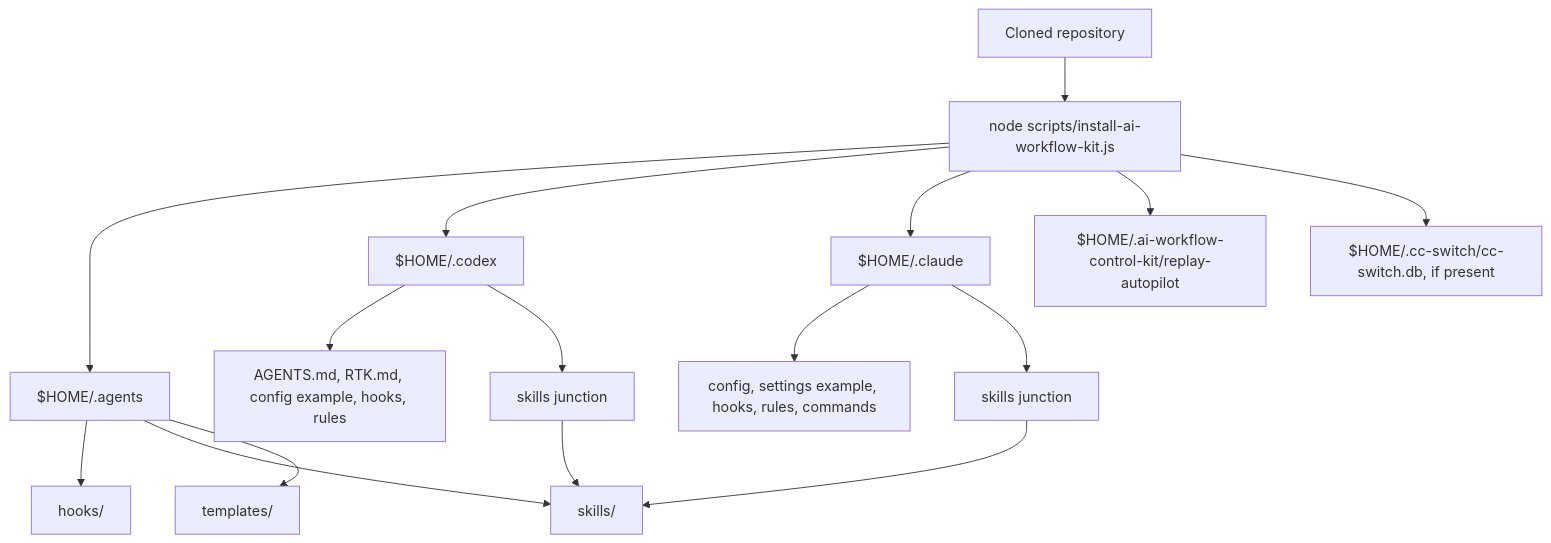
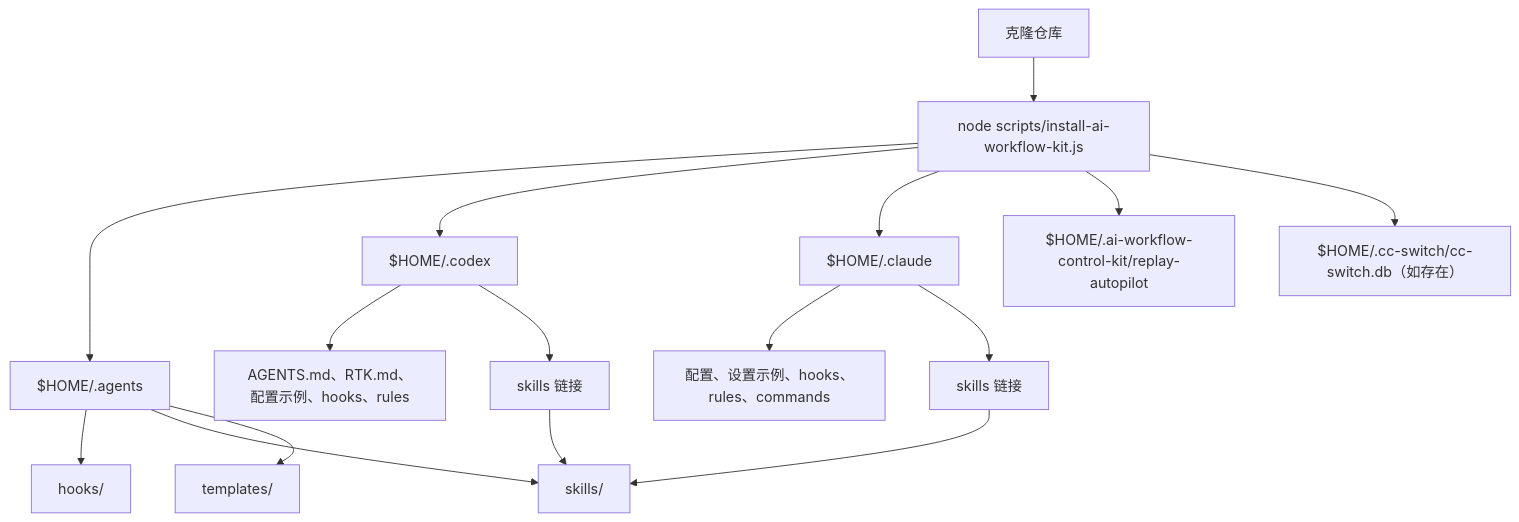
The second of 8 diagrams in docs/ARCHITECTURE.md (hxld/ai-workflow-control-kit), drawn with Mermaid before and after one commit. The commit also changed other lines of this file and 2 other files, not shown here.

First line of the commit message:
📝 docs: add bilingual toggle (zh/en) for ARCHITECTURE.md

````diff
--- a/docs/ARCHITECTURE.md
+++ b/docs/ARCHITECTURE.md
@@ -101,22 +103,22 @@
 ```mermaid
 flowchart TD
-    Repo["Cloned repository"] --> Install["node scripts/install-ai-workflow-kit.js"]
+    Repo["克隆仓库"] --> Install["node scripts/install-ai-workflow-kit.js"]
 
     Install --> AgentsHome["$HOME/.agents"]
     Install --> CodexHome["$HOME/.codex"]
     Install --> ClaudeHome["$HOME/.claude"]
     Install --> ReplayHome["$HOME/.ai-workflow-control-kit/replay-autopilot"]
-    Install --> CcSwitchDb["$HOME/.cc-switch/cc-switch.db, if present"]
+    Install --> CcSwitchDb["$HOME/.cc-switch/cc-switch.db（如存在）"]
 
     AgentsHome --> AgentsHooks["hooks/"]
     AgentsHome --> AgentsSkills["skills/"]
     AgentsHome --> AgentsTemplates["templates/"]
 
-    CodexHome --> CodexAdapters["AGENTS.md, RTK.md, config example, hooks, rules"]
-    ClaudeHome --> ClaudeAdapters["config, settings example, hooks, rules, commands"]
+    CodexHome --> CodexAdapters["AGENTS.md、RTK.md、配置示例、hooks、rules"]
+    ClaudeHome --> ClaudeAdapters["配置、设置示例、hooks、rules、commands"]
 
-    CodexHome --> CodexSkills["skills junction"]
-    ClaudeHome --> ClaudeSkills["skills junction"]
+    CodexHome --> CodexSkills["skills 链接"]
+    ClaudeHome --> ClaudeSkills["skills 链接"]
     CodexSkills --> AgentsSkills
     ClaudeSkills --> AgentsSkills
 ```
````
